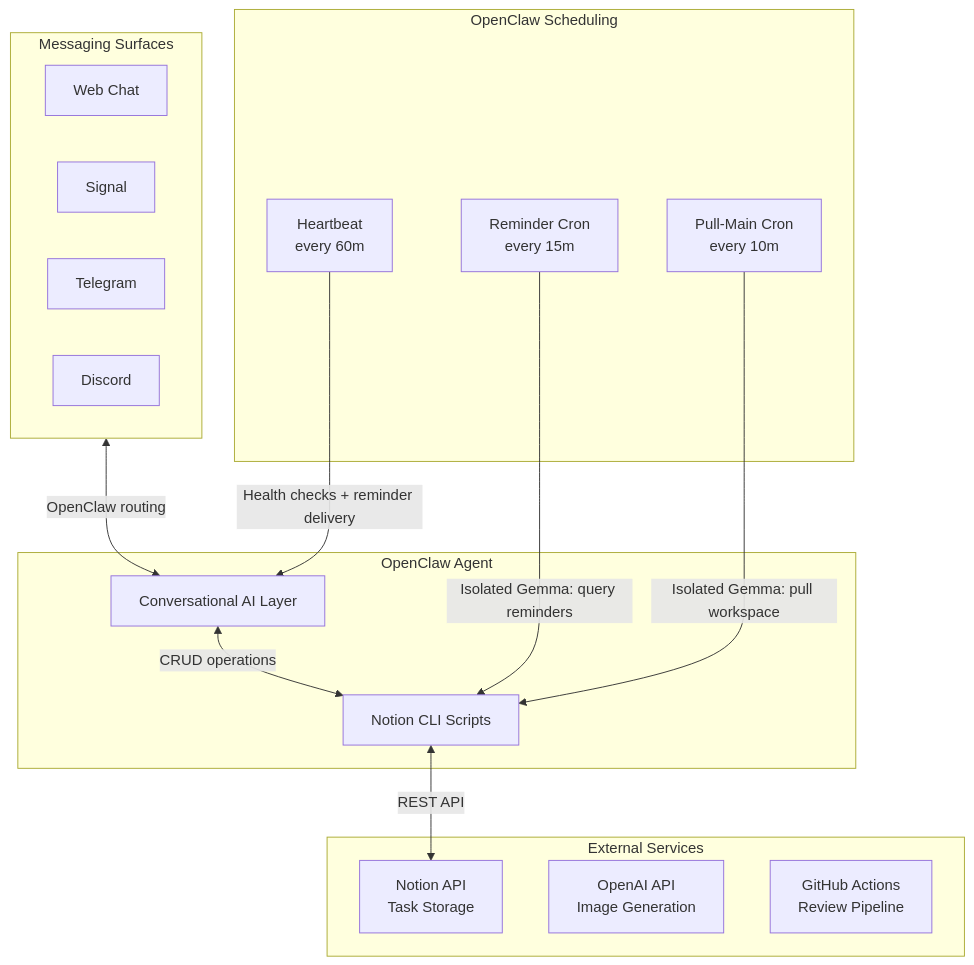
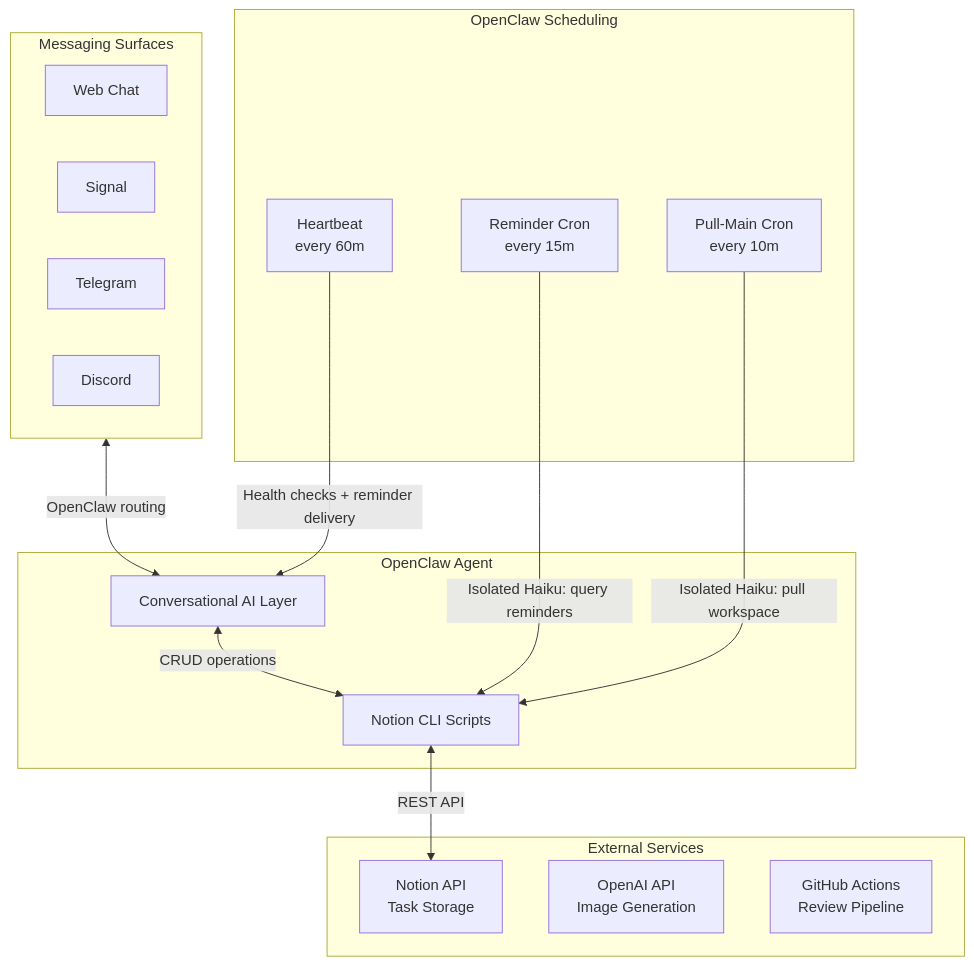
One commit to NickBorgersProbably/hide-my-list changed the first of 6 diagrams in docs/architecture.md. Above: the diagram before and after it, drawn with Mermaid. The commit also changed other lines of this file and 31 other files, not shown here.

````diff
--- a/docs/architecture.md
+++ b/docs/architecture.md
@@ -16,33 +16,33 @@
 ```mermaid
 flowchart TB
     subgraph Agent["OpenClaw Agent"]
         AI[Conversational AI Layer]
         Scripts[Notion CLI Scripts]
     end
 
     subgraph Scheduling["OpenClaw Scheduling"]
         Heartbeat[Heartbeat<br/>every 60m]
         ReminderCron[Reminder Cron<br/>every 15m]
         PullMainCron[Pull-Main Cron<br/>every 10m]
     end
 
     subgraph Messaging["Messaging Surfaces"]
         Web[Web Chat]
         Signal[Signal]
         Telegram[Telegram]
         Discord[Discord]
     end
 
     subgraph External["External Services"]
         Notion[Notion API<br/>Task Storage]
         OpenAI[OpenAI API<br/>Image Generation]
         GitHub[GitHub Actions<br/>Review Pipeline]
     end
 
     Messaging <-->|OpenClaw routing| AI
     AI <-->|CRUD operations| Scripts
     Scripts <-->|REST API| Notion
-    ReminderCron -->|Isolated Gemma: query reminders| Scripts
-    PullMainCron -->|Isolated Gemma: pull workspace| Scripts
+    ReminderCron -->|Isolated Haiku: query reminders| Scripts
+    PullMainCron -->|Isolated Haiku: pull workspace| Scripts
     Heartbeat -->|Health checks + reminder delivery| AI
 ```
````
